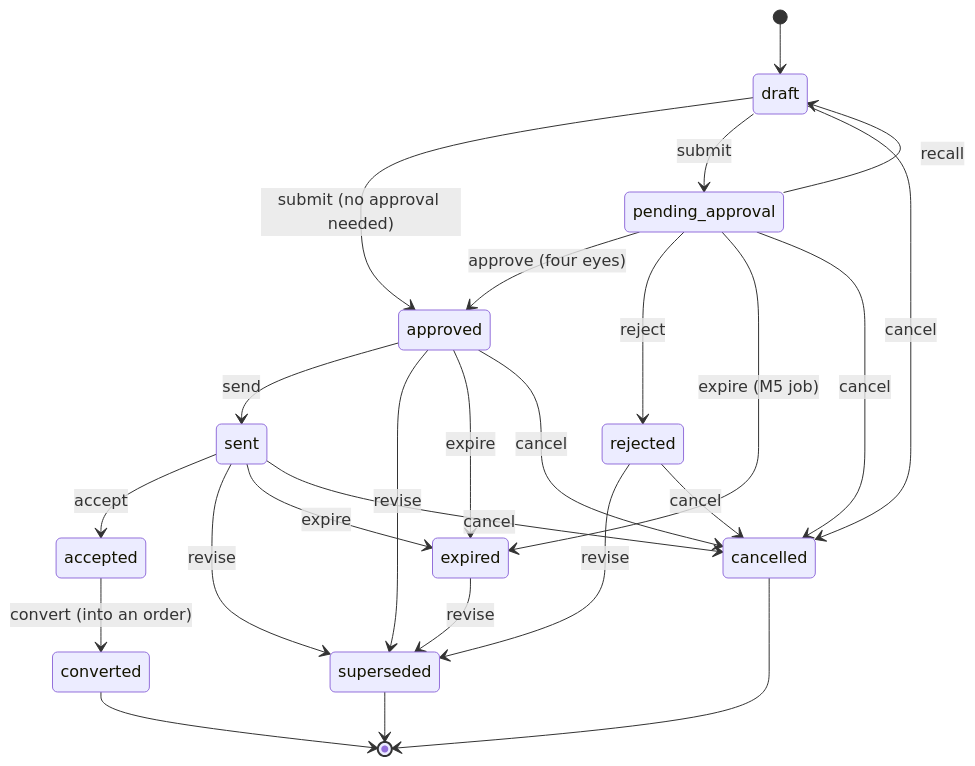
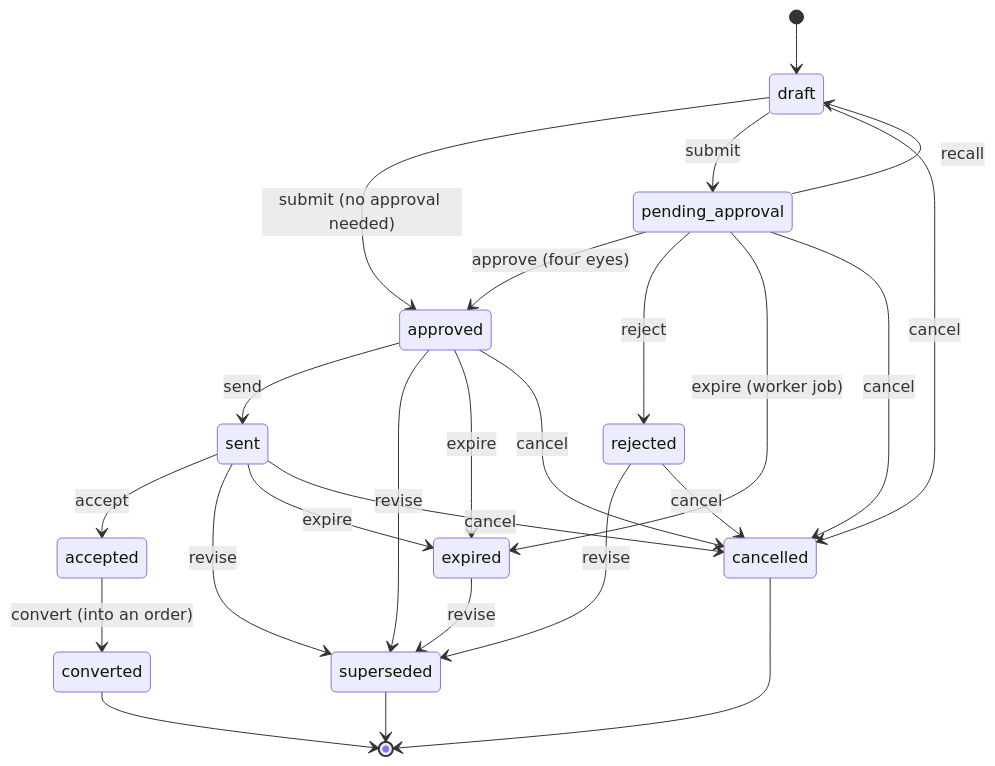
The seventh of 9 diagrams in docs/architecture.md (odvprogra/pricewright-api), drawn with Mermaid before and after one commit. The commit also changed other lines of this file and 30 other files, not shown here.

Commit message:
feat!: persist expired offers from the worker, audited as the system (#82)

````diff
--- a/docs/architecture.md
+++ b/docs/architecture.md
@@ -146,27 +146,27 @@
 ```mermaid
 stateDiagram-v2
     [*] --> draft
     draft --> approved: submit (no approval needed)
     draft --> pending_approval: submit
     pending_approval --> approved: approve (four eyes)
     pending_approval --> rejected: reject
     pending_approval --> draft: recall
     approved --> sent: send
     sent --> accepted: accept
     accepted --> converted: convert (into an order)
     approved --> superseded: revise
     sent --> superseded: revise
     rejected --> superseded: revise
     expired --> superseded: revise
-    pending_approval --> expired: expire (M5 job)
+    pending_approval --> expired: expire (worker job)
     approved --> expired: expire
     sent --> expired: expire
     draft --> cancelled: cancel
     pending_approval --> cancelled: cancel
     approved --> cancelled: cancel
     sent --> cancelled: cancel
     rejected --> cancelled: cancel
     converted --> [*]
     superseded --> [*]
     cancelled --> [*]
 ```
````
